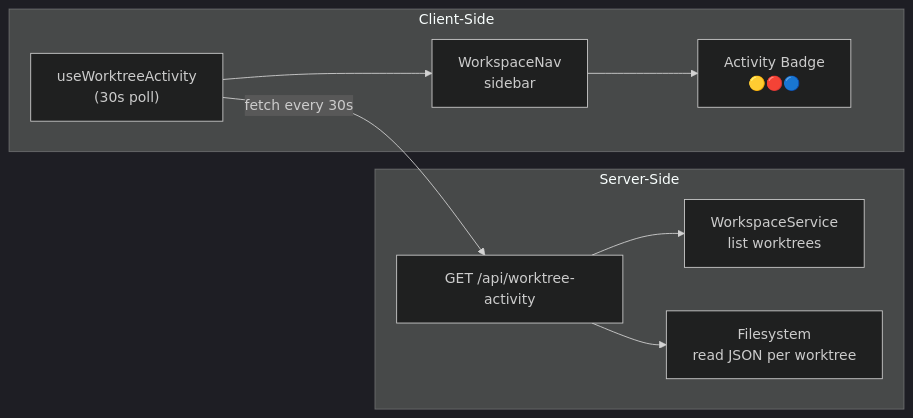
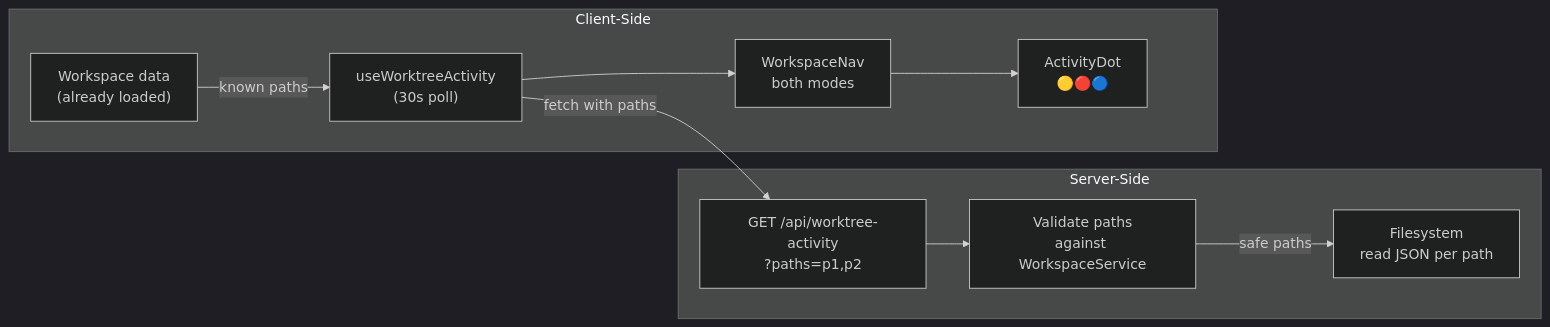
The second of 3 diagrams in docs/plans/059-fix-agents/tasks/phase-4-cross-worktree-left-menu/tasks.md (AI-Substrate/chainglass), drawn with Mermaid (dark theme) before and after one commit. The commit also changed other lines of this file and 1 other file, not shown here.

````diff
--- a/docs/plans/059-fix-agents/tasks/phase-4-cross-worktree-left-menu/tasks.md
+++ b/docs/plans/059-fix-agents/tasks/phase-4-cross-worktree-left-menu/tasks.md
@@ -146,20 +155,22 @@
 ```mermaid
 flowchart LR
     subgraph Server["Server-Side"]
-        WS["WorkspaceService<br/>list worktrees"]
-        FS["Filesystem<br/>read JSON per worktree"]
-        API["GET /api/worktree-activity"]
+        VAL["Validate paths<br/>against WorkspaceService"]
+        FS["Filesystem<br/>read JSON per path"]
+        API["GET /api/worktree-activity<br/>?paths=p1,p2"]
     end
 
     subgraph Client["Client-Side"]
+        WSDATA["Workspace data<br/>(already loaded)"]
         HOOK["useWorktreeActivity<br/>(30s poll)"]
-        NAV["WorkspaceNav<br/>sidebar"]
-        BADGE["Activity Badge<br/>🟡🔴🔵"]
+        NAV["WorkspaceNav<br/>both modes"]
+        DOT["ActivityDot<br/>🟡🔴🔵"]
     end
 
-    API --> WS
-    API --> FS
-    HOOK -->|"fetch every 30s"| API
+    WSDATA -->|"known paths"| HOOK
+    HOOK -->|"fetch with paths"| API
+    API --> VAL
+    VAL -->|"safe paths"| FS
     HOOK --> NAV
-    NAV --> BADGE
+    NAV --> DOT
 ```
````
